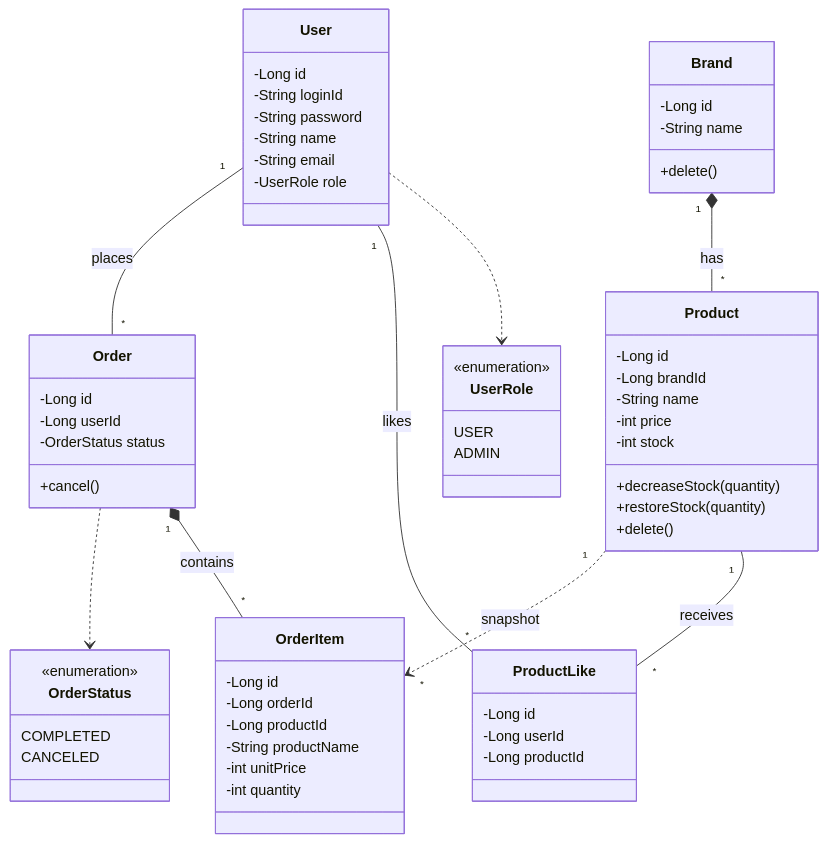
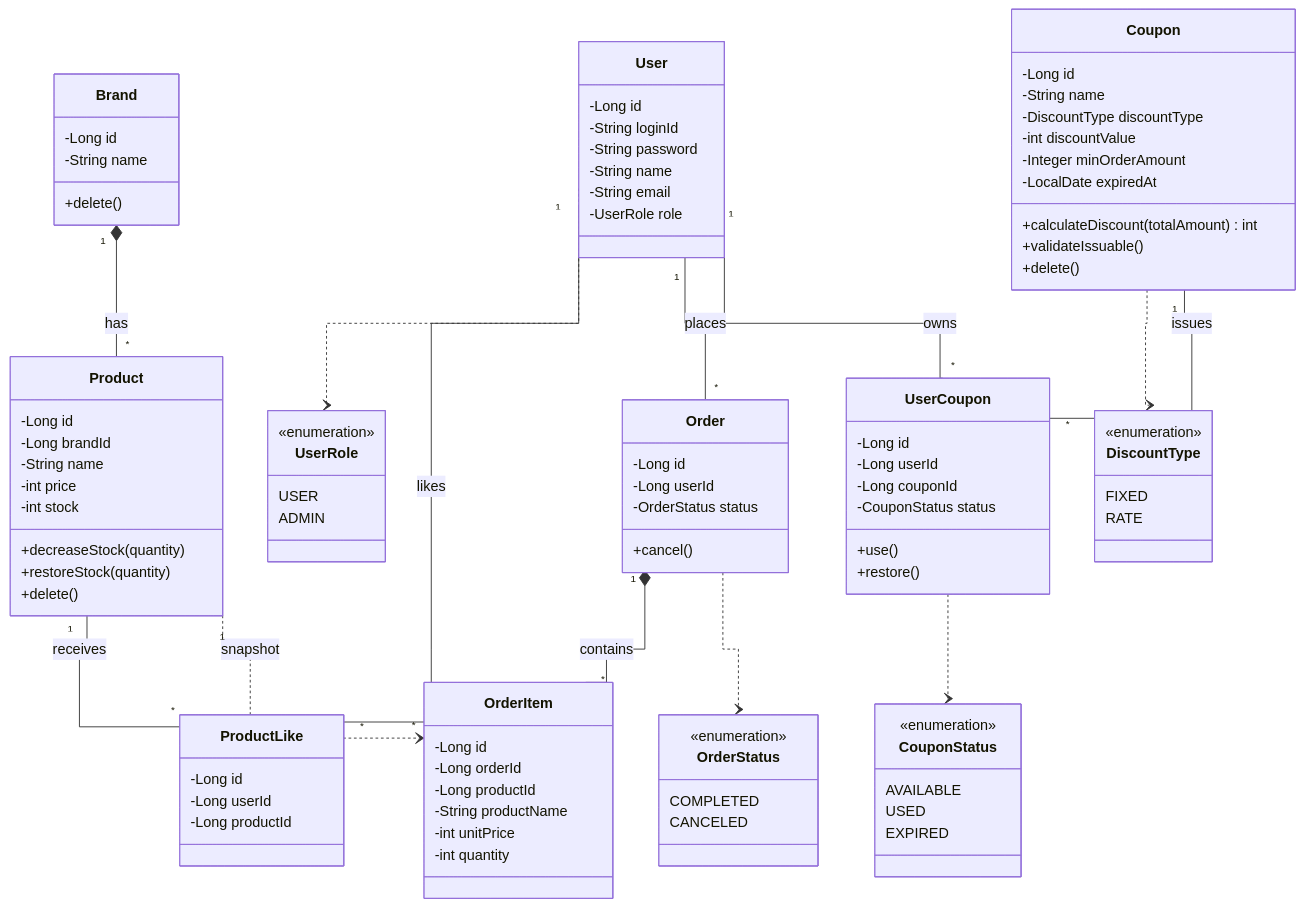
The diagram in docs/design/03-class-diagram.md (kimjunyoung90/loop-pack-be-l2-vol3-java), drawn with Mermaid before and after one commit. The commit also changed other lines of this file and 5 other files, not shown here.

````diff
--- a/docs/design/03-class-diagram.md
+++ b/docs/design/03-class-diagram.md
@@ -5,4 +5,5 @@
 ```mermaid
+%%{init: {'flowchart': {'curve': 'stepBefore'}}}%%
 classDiagram
     class User {
         -Long id
@@ -64,12 +65,50 @@
         CANCELED
     }
 
+    class Coupon {
+        -Long id
+        -String name
+        -DiscountType discountType
+        -int discountValue
+        -Integer minOrderAmount
+        -LocalDate expiredAt
+        +calculateDiscount(totalAmount) int
+        +validateIssuable()
+        +delete()
+    }
+
+    class UserCoupon {
+        -Long id
+        -Long userId
+        -Long couponId
+        -CouponStatus status
+        +use()
+        +restore()
+    }
+
+    class DiscountType {
+        <<enumeration>>
+        FIXED
+        RATE
+    }
+
+    class CouponStatus {
+        <<enumeration>>
+        AVAILABLE
+        USED
+        EXPIRED
+    }
+
     User ..> UserRole
     User "1" -- "*" ProductLike : likes
     User "1" -- "*" Order : places
+    User "1" -- "*" UserCoupon : owns
     Brand "1" *-- "*" Product : has
     Product "1" -- "*" ProductLike : receives
     Order "1" *-- "*" OrderItem : contains
     Order ..> OrderStatus
     Product "1" ..> "*" OrderItem : snapshot
+    Coupon ..> DiscountType
+    Coupon "1" -- "*" UserCoupon : issues
+    UserCoupon ..> CouponStatus
 ```
````
